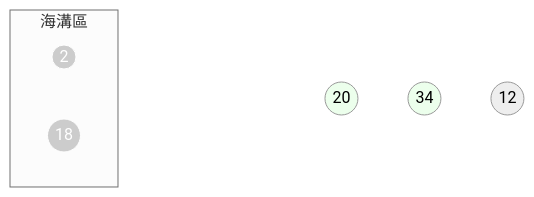
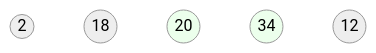
One commit to ianchen0419/cpp-leetcode changed the sixth of 20 diagrams in Bubble Sorting.md. Above: the diagram before and after it, drawn with Mermaid (neutral theme). The commit also changed other lines of this file, not shown here.

````diff
--- a/Bubble Sorting.md
+++ b/Bubble Sorting.md
@@ -115,20 +89,14 @@
 ```mermaid
 flowchart
-
-    subgraph 海溝區
-        f((2)):::disabled
-        g((18)):::disabled
-    end
-    
-    a((18)):::clear
-    b((2)):::clear
+    a((2))
+    b((18))
     c((20)):::green
     d((34)):::green
     e((12))
     
     classDef clear opacity:0
     
     classDef orange fill:#f96,stroke:#f66
     classDef green fill:#ecffec
     classDef disabled fill:#ccc,stroke:#fff,color:#fff
 ```
````
